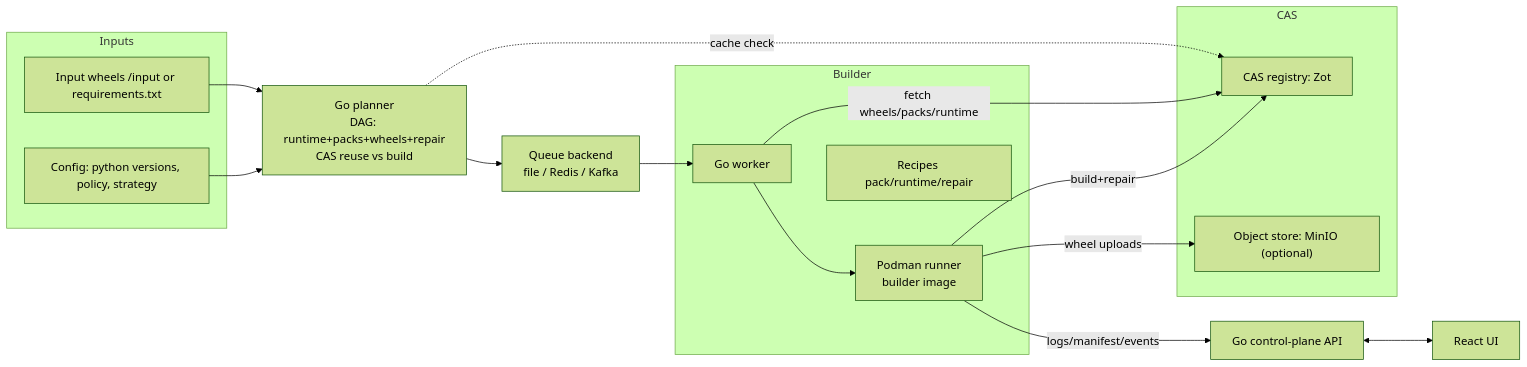
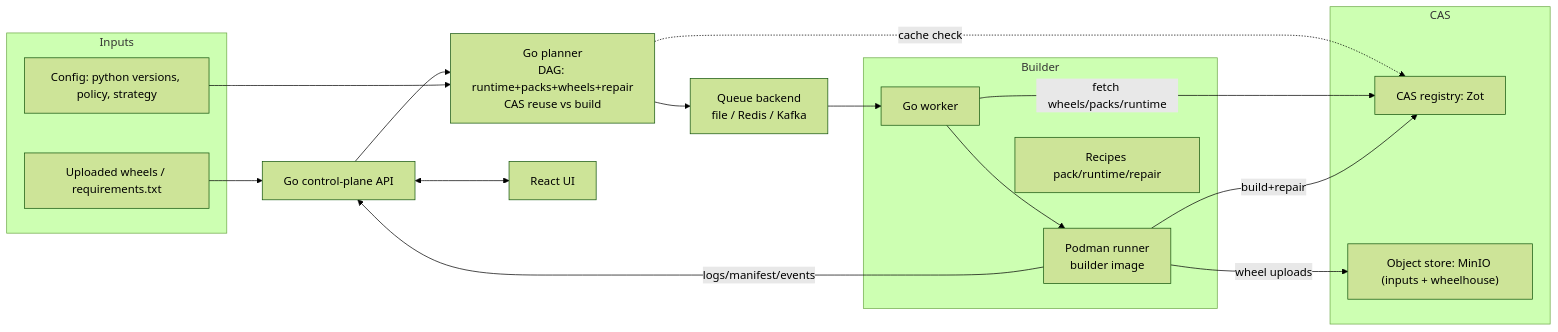
One commit to k8ika0s/s390x-wheel-refinery changed the diagram in docs/diagrams/overall-system.mmd. Above: the diagram before and after it, drawn with Mermaid (forest theme). The commit also changed 36 other files, not shown here.

Commit message:
Use MinIO inputs and pack DAGs in planner/worker

```diff
--- a/docs/diagrams/overall-system.mmd
+++ b/docs/diagrams/overall-system.mmd
@@ -1,31 +1,32 @@
 flowchart LR
     subgraph Inputs
-        IN[Input wheels /input or requirements.txt]
+        IN[Uploaded wheels / requirements.txt]
         CFG[Config: python versions, policy, strategy]
     end
 
     PLAN[Go planner<br/>DAG: runtime+packs+wheels+repair<br/>CAS reuse vs build]
     Q[Queue backend<br/>file / Redis / Kafka]
     subgraph CAS
         ZOT["CAS registry: Zot"]
-        MINIO["Object store: MinIO (optional)"]
+        MINIO["Object store: MinIO (inputs + wheelhouse)"]
     end
     subgraph Builder
         WKR[Go worker]
         RUN[Podman runner<br/>builder image]
         REC[Recipes pack/runtime/repair]
     end
     CP[Go control-plane API]
     UI[React UI]
 
-    IN --> PLAN
+    IN --> CP
+    CP --> PLAN
     CFG --> PLAN
     PLAN --> Q
     PLAN -. cache check .-> ZOT
     Q --> WKR
     WKR -->|fetch wheels/packs/runtime| ZOT
     WKR --> RUN
     RUN -->|build+repair| ZOT
     RUN -->|wheel uploads| MINIO
     RUN -->|logs/manifest/events| CP
     CP <--> UI
```
